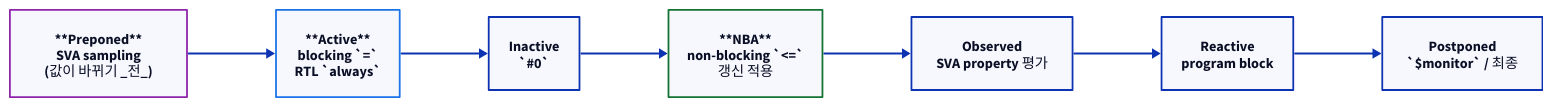
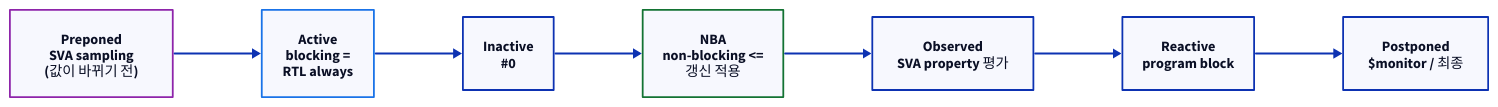
Before and after one commit to humbleowl39/DV_SKOOL: the third of 5 diagrams in starlight_site/src/content/docs/uvm/02_agent_driver_monitor.md, drawn with D2. The commit also changed other lines of this file and 714 other files, not shown here.

First line of the commit message:
fix(site): d2 다이어그램 가독성 결함 6종 일괄 수정

````diff
--- a/starlight_site/src/content/docs/uvm/02_agent_driver_monitor.md
+++ b/starlight_site/src/content/docs/uvm/02_agent_driver_monitor.md
@@ -164,11 +164,11 @@
 ```d2
 direction: right
-PRE: "**Preponed**\nSVA sampling\n(값이 바뀌기 _전_)" { style.stroke: "#8e24aa"; style.stroke-width: 2 }
-ACT: "**Active**\nblocking `=`\nRTL `always`" { style.stroke: "#1a73e8"; style.stroke-width: 2 }
-INA: "Inactive\n`#0`"
-NBA: "**NBA**\nnon-blocking `<=`\n갱신 적용" { style.stroke: "#137333"; style.stroke-width: 2 }
+PRE: "Preponed\nSVA sampling\n(값이 바뀌기 전)" { style.stroke: "#8e24aa"; style.stroke-width: 2 }
+ACT: "Active\nblocking =\nRTL always" { style.stroke: "#1a73e8"; style.stroke-width: 2 }
+INA: "Inactive\n#0"
+NBA: "NBA\nnon-blocking <=\n갱신 적용" { style.stroke: "#137333"; style.stroke-width: 2 }
 OBS: "Observed\nSVA property 평가"
 REA: "Reactive\nprogram block"
-POST: "Postponed\n`\$monitor` / 최종"
+POST: "Postponed\n\$monitor / 최종"
 PRE -> ACT -> INA -> NBA -> OBS -> REA -> POST
 ```
````
